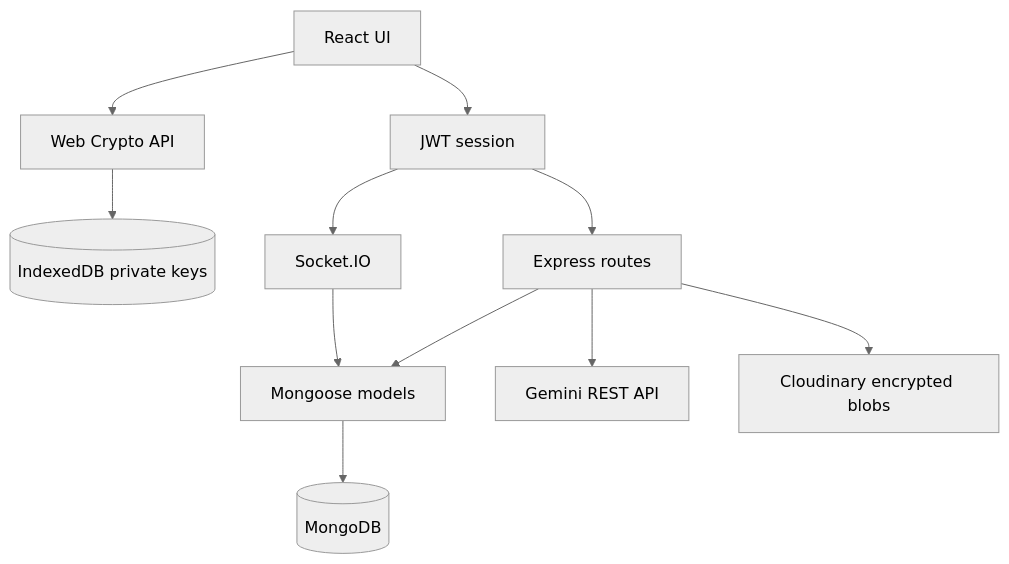
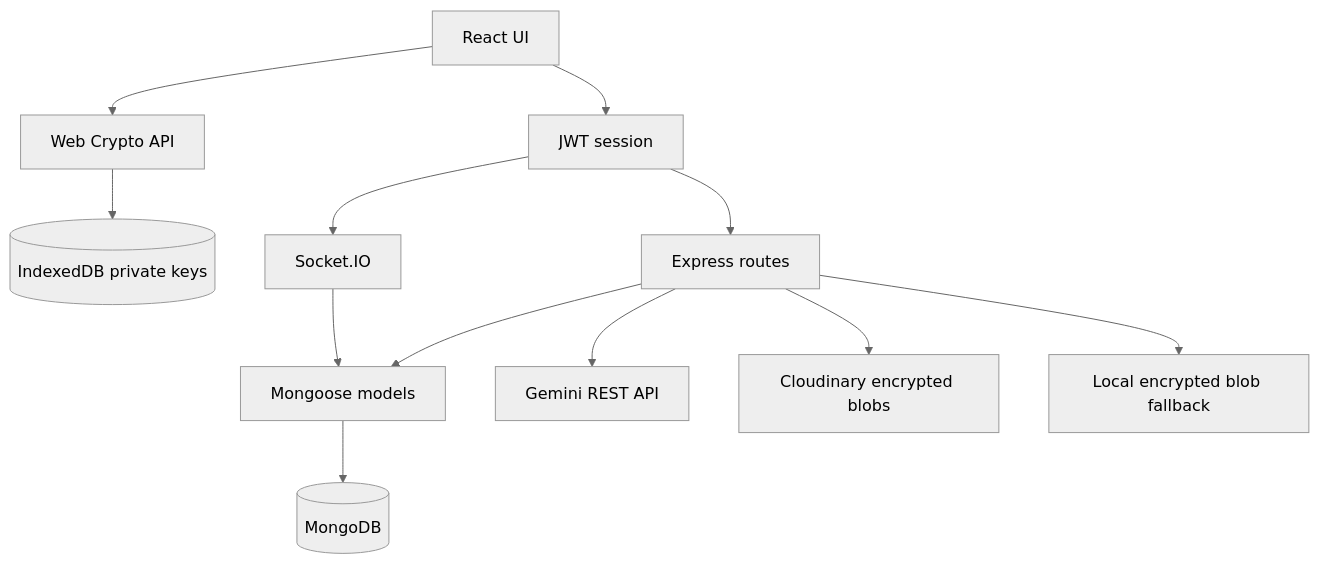
The diagram in docs/architecture.md (ThanhHoaAnRauMa/NMCNPM), drawn with Mermaid (neutral theme) before and after one commit. The commit also changed other lines of this file and 33 other files, not shown here.

````diff
--- a/docs/architecture.md
+++ b/docs/architecture.md
@@ -17,13 +17,14 @@
 ```mermaid
 flowchart TD
   UI[React UI] --> Session[JWT session]
   UI --> Crypto[Web Crypto API]
   Crypto --> IDB[(IndexedDB private keys)]
   Session --> REST[Express routes]
   Session --> WS[Socket.IO]
   REST --> Models[Mongoose models]
   WS --> Models
   Models --> Mongo[(MongoDB)]
   REST --> Gemini[Gemini REST API]
   REST --> Cloudinary[Cloudinary encrypted blobs]
+  REST --> LocalFiles[Local encrypted blob fallback]
 ```
````
